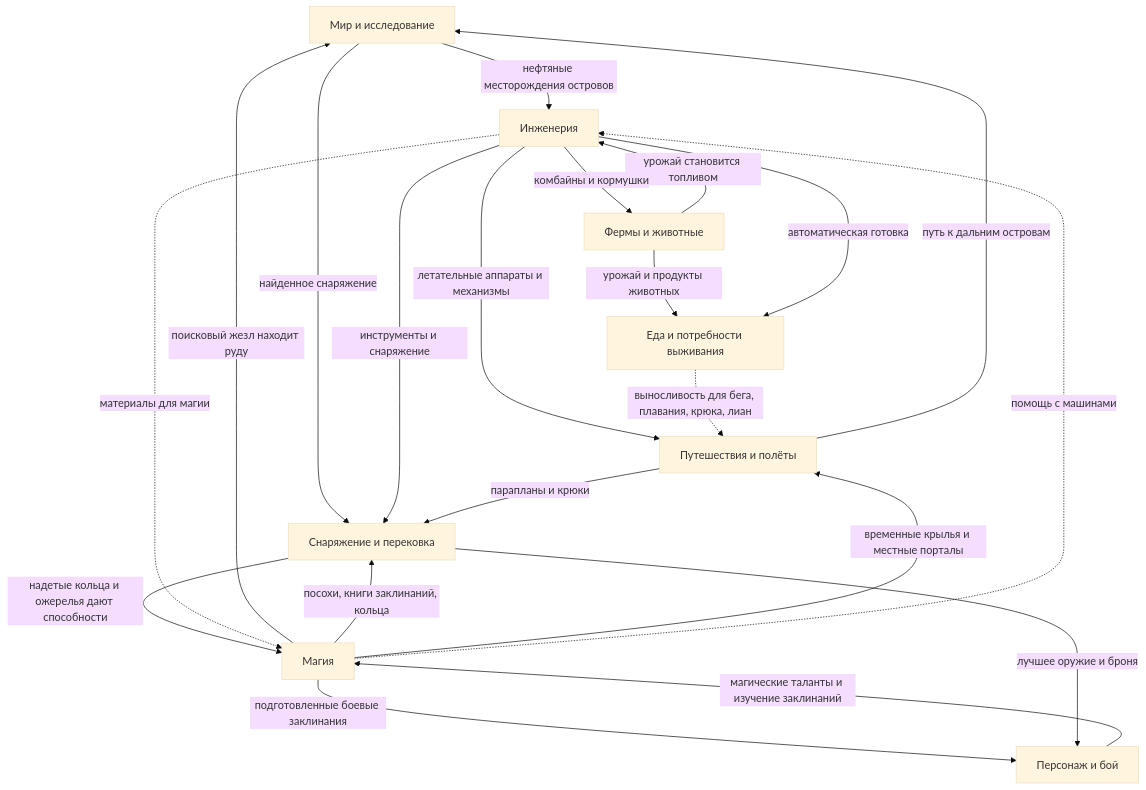
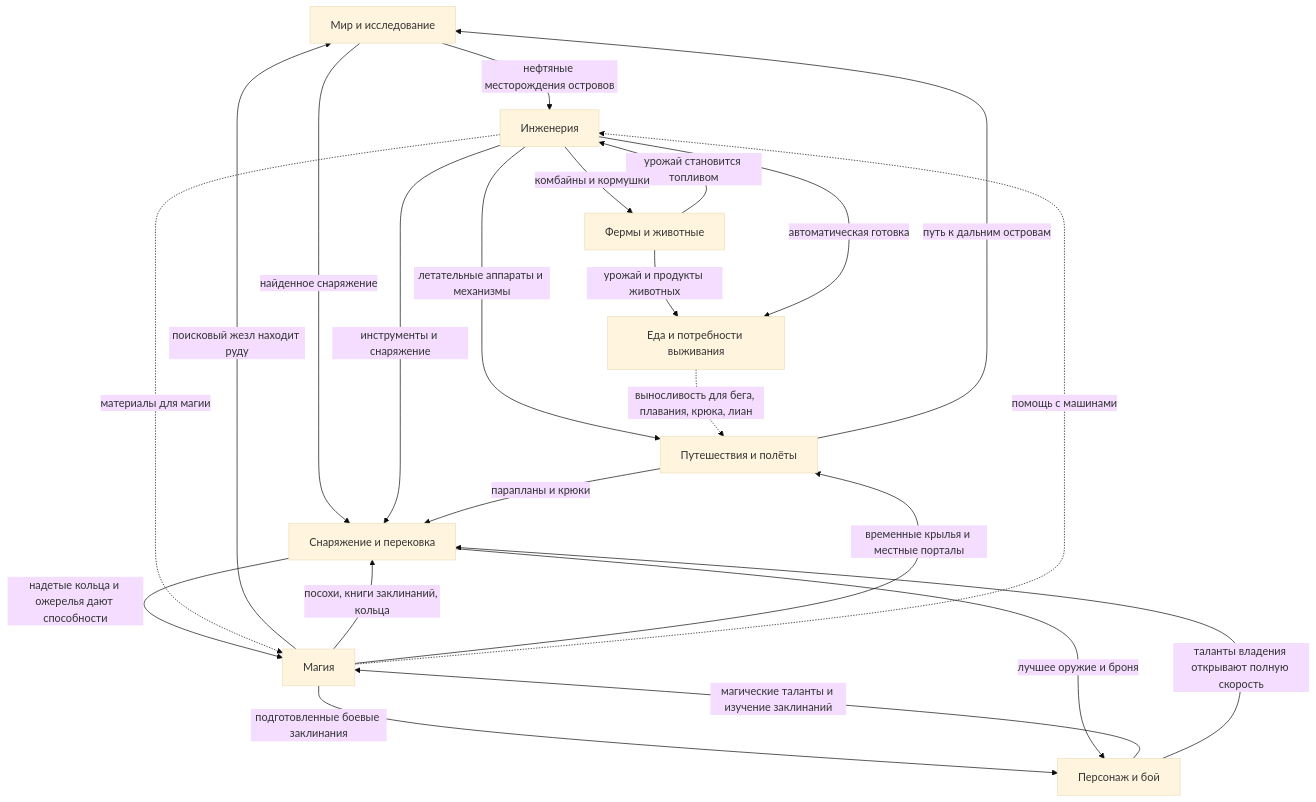
The first of 2 diagrams in docs/ru/experience/systems.md (ALittleMoron/aeroscapes-reimagine), drawn with Mermaid (base theme) before and after one commit. The commit also changed 77 other files, not shown here.

````diff
--- a/docs/ru/experience/systems.md
+++ b/docs/ru/experience/systems.md
@@ -11,33 +11,34 @@
 ```mermaid
 flowchart TB
   world["Мир и исследование"]
   travel["Путешествия и полёты"]
   eng["Инженерия"]
   farm["Фермы и животные"]
   food["Еда и потребности выживания"]
   magic["Магия"]
   equip["Снаряжение и перековка"]
   char["Персонаж и бой"]
 
   farm -->|"урожай становится топливом"| eng
   world -->|"нефтяные месторождения островов"| eng
   eng -->|"летательные аппараты и механизмы"| travel
   eng -->|"комбайны и кормушки"| farm
   farm -->|"урожай и продукты животных"| food
   eng -->|"автоматическая готовка"| food
   magic -->|"поисковый жезл находит руду"| world
   travel -->|"путь к дальним островам"| world
   world -->|"найденное снаряжение"| equip
   eng -->|"инструменты и снаряжение"| equip
   magic -->|"посохи, книги заклинаний, кольца"| equip
   equip -->|"надетые кольца и ожерелья дают способности"| magic
   magic -->|"подготовленные боевые заклинания"| char
   char -->|"магические таланты и изучение заклинаний"| magic
   magic -->|"временные крылья и местные порталы"| travel
   travel -->|"парапланы и крюки"| equip
   equip -->|"лучшее оружие и броня"| char
+  char -->|"таланты владения открывают полную скорость"| equip
 
   food -.->|"выносливость для бега, плавания, крюка, лиан"| travel
   magic -.->|"помощь с машинами"| eng
   eng -.->|"материалы для магии"| magic
 ```
````
